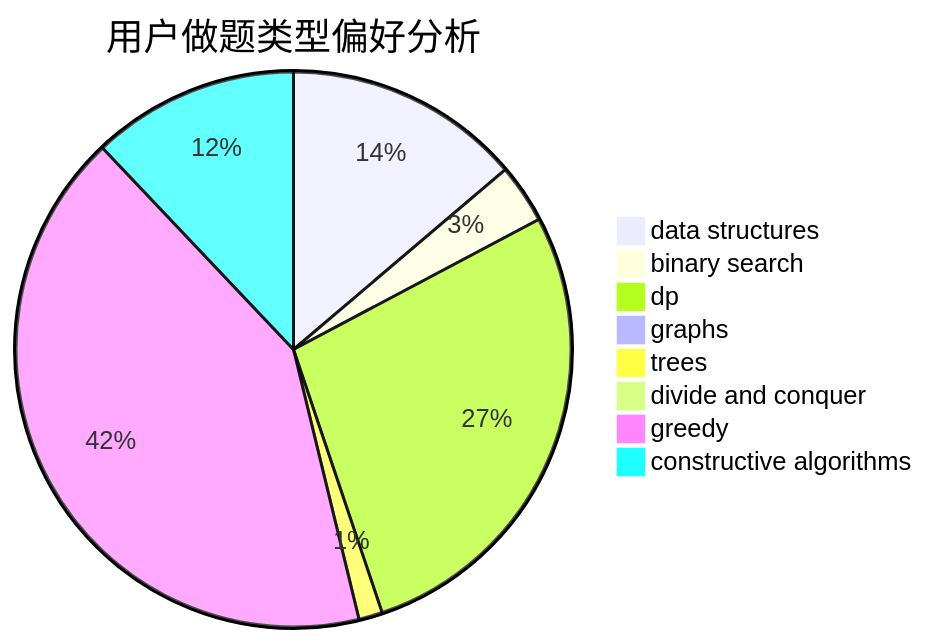
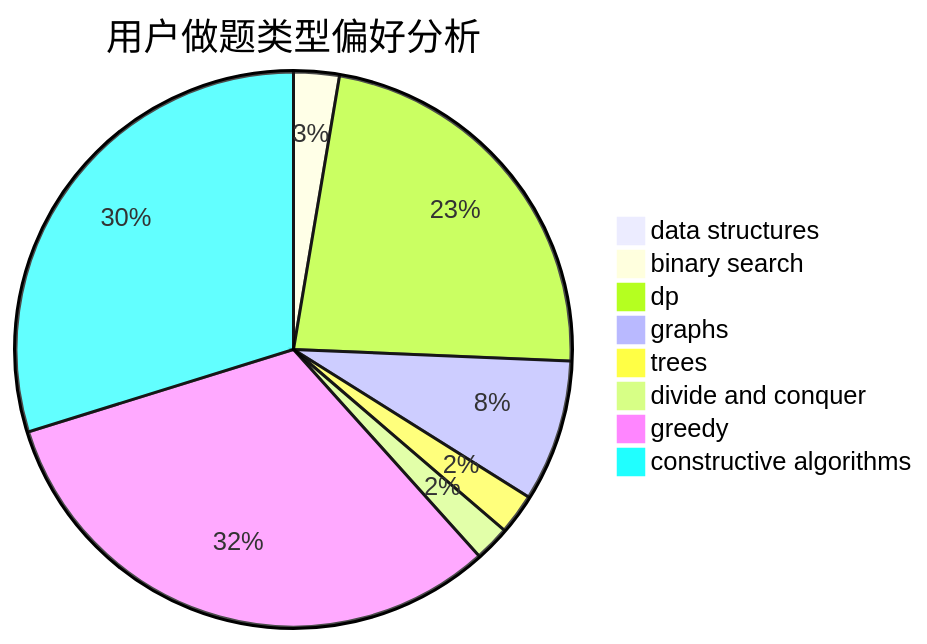
Before and after one commit to sherpahu/cfrs.github.io: the second of 3 diagrams in docs/user/u1887.md, drawn with Mermaid. The commit also changed other lines of this file and 2770 other files, not shown here.

````diff
--- a/docs/user/u1887.md
+++ b/docs/user/u1887.md
@@ -23,11 +23,11 @@
 ```mermaid
 pie title 用户做题类型偏好分析
-    "data structures" :  40
-    "binary search" :  10
-    "dp" :  80
-    "graphs" :  1
-    "trees" :  4
-    "divide and conquer" :  0
-    "greedy" :  121
-    "constructive algorithms" :  35
+    "data structures" :  2
+    "binary search" :  9
+    "dp" :  78
+    "graphs" :  28
+    "trees" :  8
+    "divide and conquer" :  7
+    "greedy" :  108
+    "constructive algorithms" :  101
 ```
````
